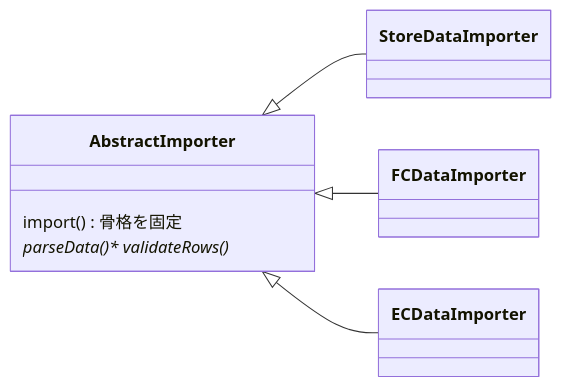
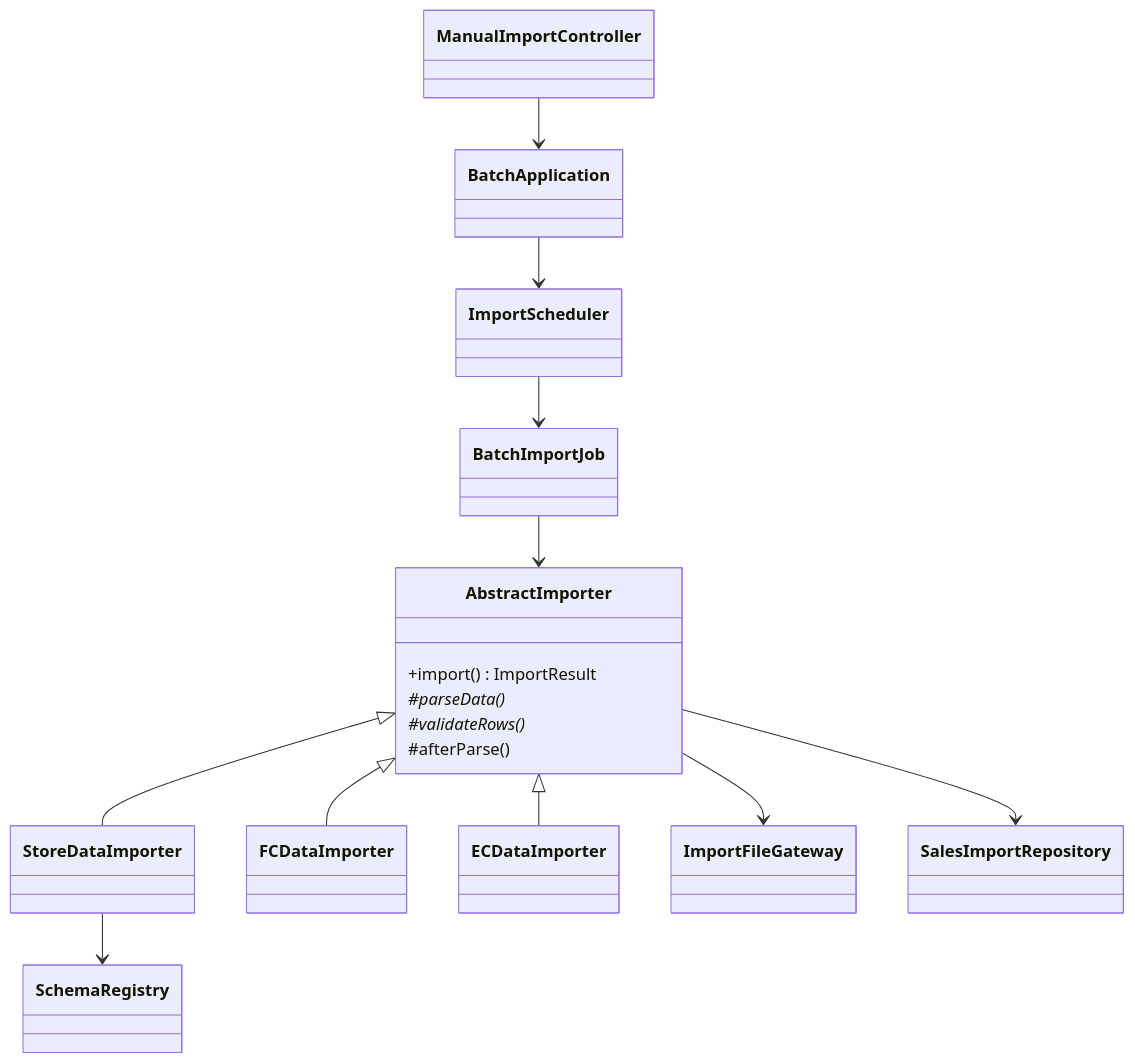
Before and after one commit to kumachan1101-pixel/DesignPattern: the sixth of 13 diagrams in kindle/design-patterns/output/chapter04.md, drawn with Mermaid. The commit also changed other lines of this file and 19 other files, not shown here.

````diff
--- a/kindle/design-patterns/output/chapter04.md
+++ b/kindle/design-patterns/output/chapter04.md
@@ -1479,11 +1257,29 @@
 ```mermaid
 classDiagram
-    direction LR
+    class SchemaRegistry
+    class ImportScheduler
+    class BatchImportJob
+    class BatchApplication
+    class ManualImportController
     class AbstractImporter {
-      import() 骨格を固定
-      parseData()* validateRows()*
+        +import() ImportResult
+        #parseData()*
+        #validateRows()*
+        #afterParse()
     }
+    class StoreDataImporter
+    class FCDataImporter
+    class ECDataImporter
+    class ImportFileGateway
+    class SalesImportRepository
     AbstractImporter <|-- StoreDataImporter
     AbstractImporter <|-- FCDataImporter
     AbstractImporter <|-- ECDataImporter
+    AbstractImporter --> ImportFileGateway
+    AbstractImporter --> SalesImportRepository
+    BatchImportJob --> AbstractImporter
+    ImportScheduler --> BatchImportJob
+    BatchApplication --> ImportScheduler
+    ManualImportController --> BatchApplication
+    StoreDataImporter --> SchemaRegistry
 ```
````
